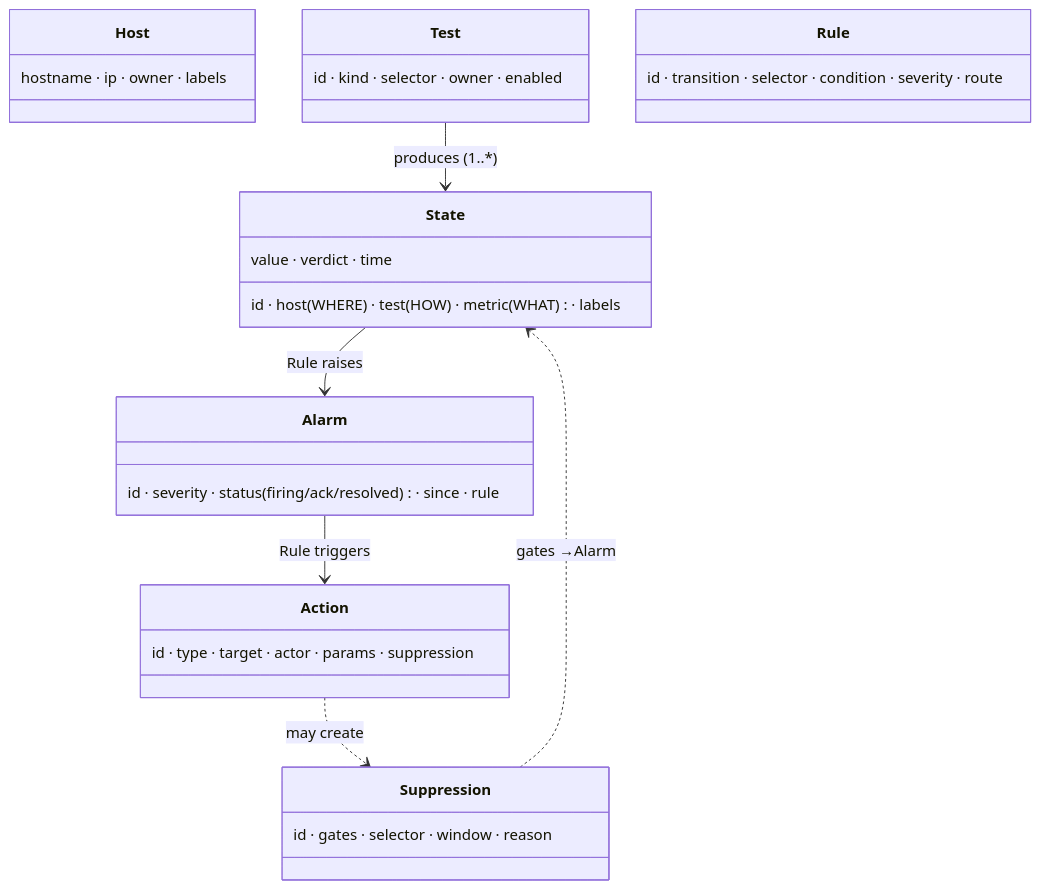
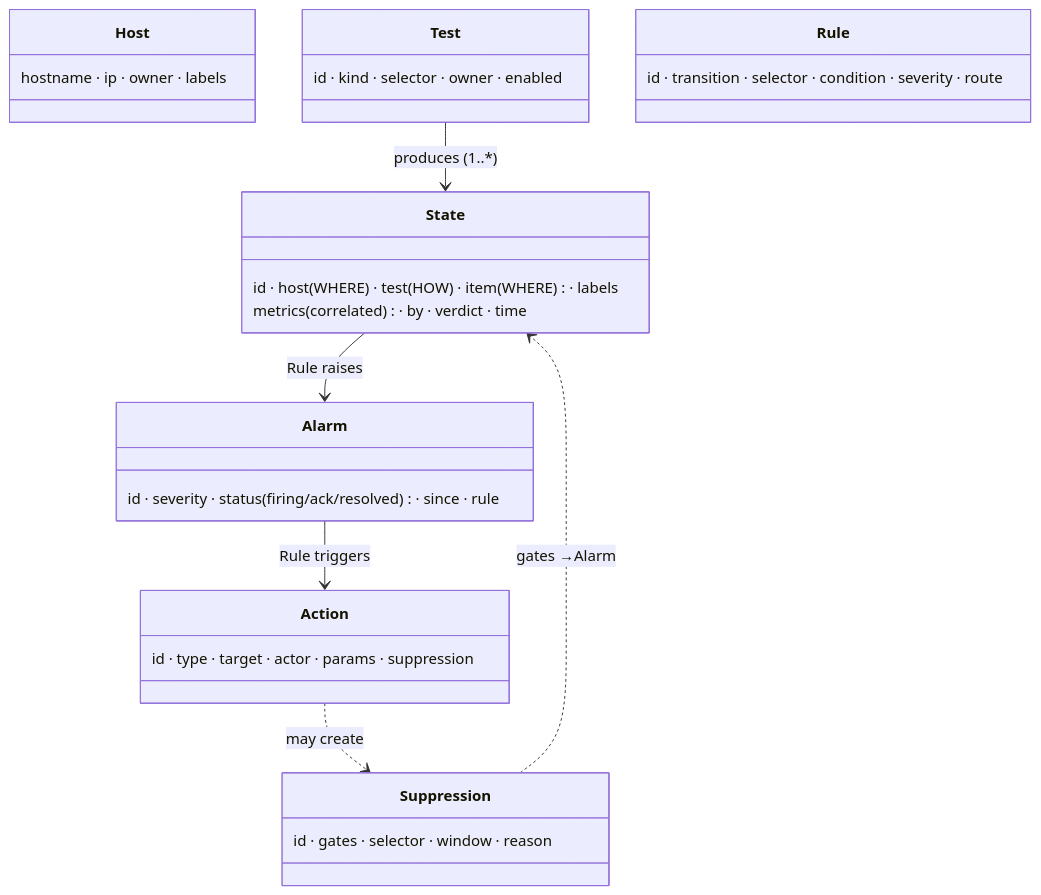
The second of 2 diagrams in docs/api/STRUCTURE.md (bonomani/xymon), drawn with Mermaid before and after one commit. The commit also changed other lines of this file and 3 other files, not shown here.

First line of the commit message:
model+spec+mock: one-line-per-item (atom = item with metrics{} + by)

````diff
--- a/docs/api/STRUCTURE.md
+++ b/docs/api/STRUCTURE.md
@@ -112,19 +113,19 @@
 ```mermaid
 classDiagram
     class State {
-        id · host(WHERE) · test(HOW) · metric(WHAT) · labels
-        value · verdict · time
+        id · host(WHERE) · test(HOW) · item(WHERE) · labels
+        metrics(correlated) · by · verdict · time
     }
     class Alarm   { id · severity · status(firing/ack/resolved) · since · rule }
     class Action  { id · type · target · actor · params · suppression }
     class Host    { hostname · ip · owner · labels }
     class Test    { id · kind · selector · owner · enabled }
     class Rule    { id · transition · selector · condition · severity · route }
     class Suppression { id · gates · selector · window · reason }
 
     Test --> State : produces (1..*)
     State --> Alarm : Rule raises
     Alarm --> Action : Rule triggers
     Action ..> Suppression : may create
     Suppression ..> State : gates →Alarm
 ```
````
